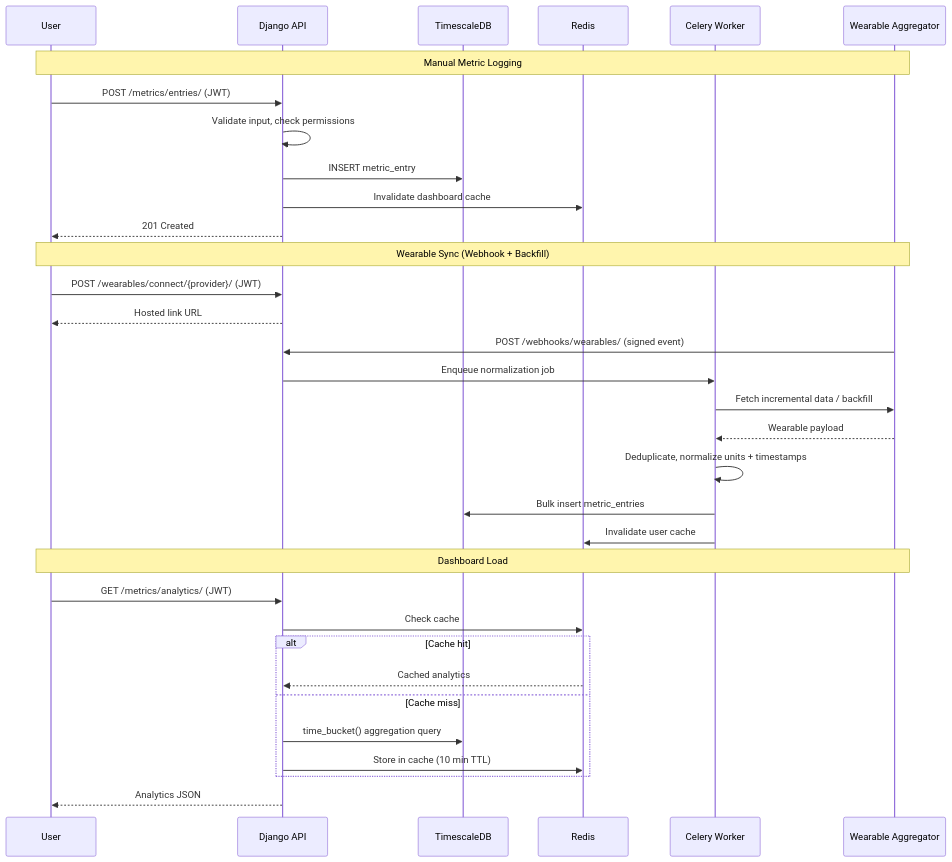
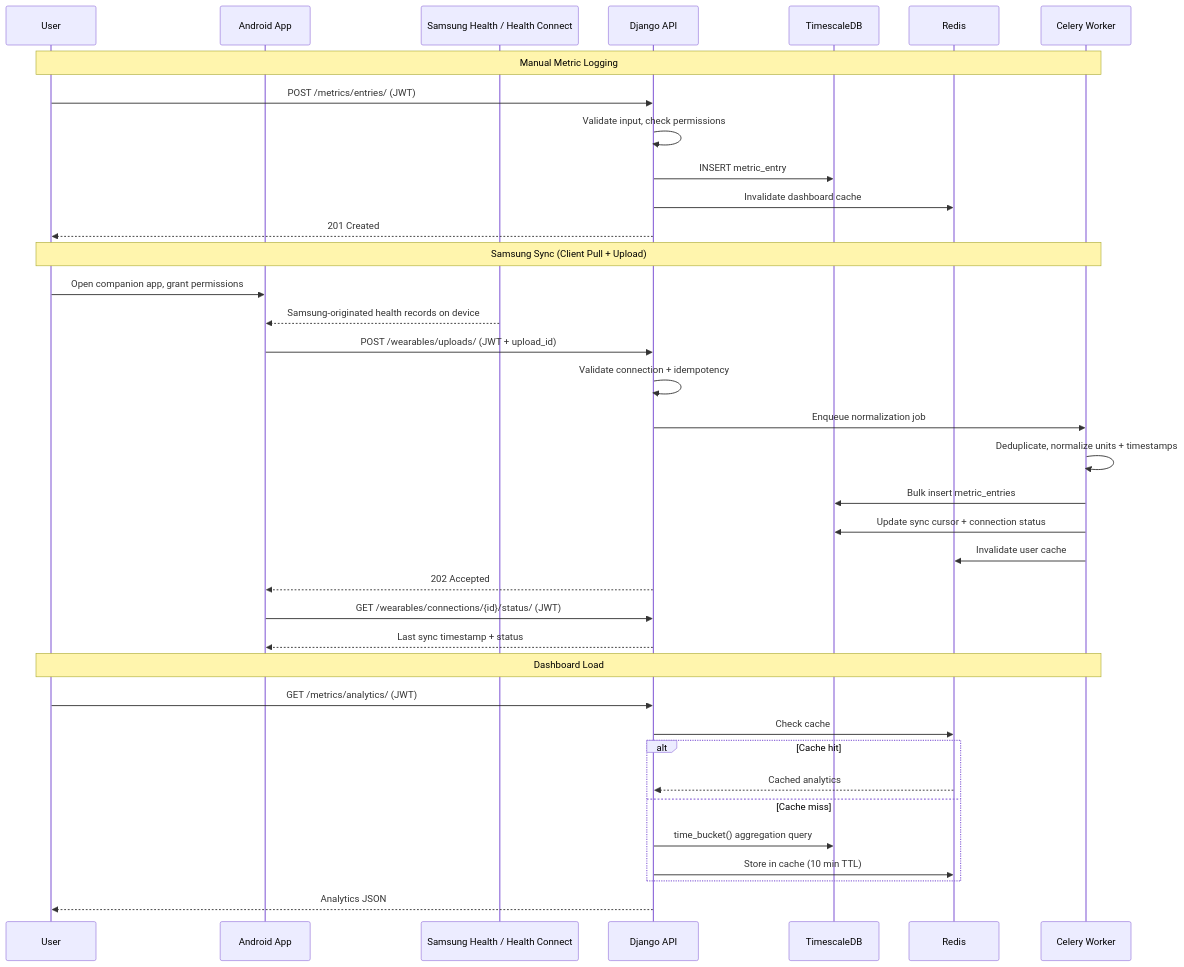
One commit to elvisrepo/long changed the diagram in reference_docs/knowledge/04-data-flow-examples.md. Above: the diagram before and after it, drawn with Mermaid. The commit also changed 23 other files, not shown here.

Commit message:
changes from project problem, to erd; mvp now with health connect

````diff
--- a/reference_docs/knowledge/04-data-flow-examples.md
+++ b/reference_docs/knowledge/04-data-flow-examples.md
@@ -11,38 +11,42 @@
 ```mermaid
 sequenceDiagram
     participant U as User
+    participant A as Android App
+    participant H as Samsung Health / Health Connect
     participant API as Django API
     participant DB as TimescaleDB
     participant R as Redis
     participant C as Celery Worker
-    participant W as Wearable Aggregator
 
-    Note over U,W: Manual Metric Logging
+    Note over U,C: Manual Metric Logging
     U->>API: POST /metrics/entries/ (JWT)
     API->>API: Validate input, check permissions
     API->>DB: INSERT metric_entry
     API->>R: Invalidate dashboard cache
     API-->>U: 201 Created
 
-    Note over U,W: Wearable Sync (Webhook + Backfill)
-    U->>API: POST /wearables/connect/{provider}/ (JWT)
-    API-->>U: Hosted link URL
-    W->>API: POST /webhooks/wearables/ (signed event)
+    Note over U,C: Samsung Sync (Client Pull + Upload)
+    U->>A: Open companion app, grant permissions
+    H-->>A: Samsung-originated health records on device
+    A->>API: POST /wearables/uploads/ (JWT + upload_id)
+    API->>API: Validate connection + idempotency
     API->>C: Enqueue normalization job
-    C->>W: Fetch incremental data / backfill
-    W-->>C: Wearable payload
     C->>C: Deduplicate, normalize units + timestamps
     C->>DB: Bulk insert metric_entries
+    C->>DB: Update sync cursor + connection status
     C->>R: Invalidate user cache
+    API-->>A: 202 Accepted
+    A->>API: GET /wearables/connections/{id}/status/ (JWT)
+    API-->>A: Last sync timestamp + status
 
-    Note over U,W: Dashboard Load
+    Note over U,C: Dashboard Load
     U->>API: GET /metrics/analytics/ (JWT)
     API->>R: Check cache
     alt Cache hit
         R-->>API: Cached analytics
     else Cache miss
         API->>DB: time_bucket() aggregation query
         API->>R: Store in cache (10 min TTL)
     end
     API-->>U: Analytics JSON
 ```
````
